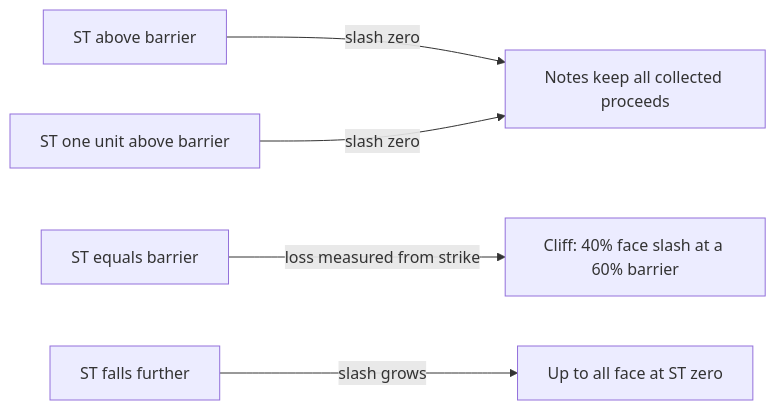
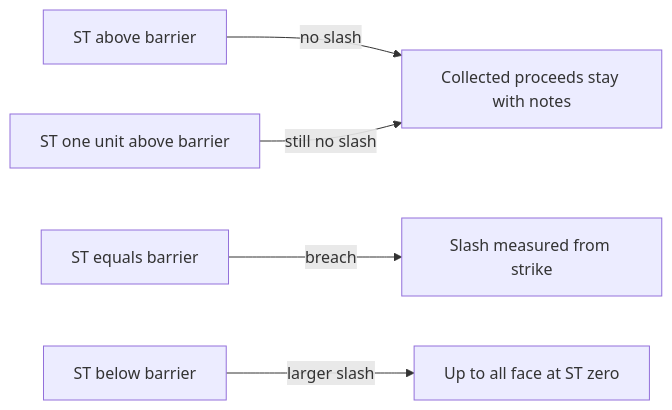
One commit to laurenceday/brc-research changed the second of 6 diagrams in docs/bd/infographics.md. Above: the diagram before and after it, drawn with Mermaid. The commit also changed other lines of this file and 25 other files, not shown here.

````diff
--- a/docs/bd/infographics.md
+++ b/docs/bd/infographics.md
@@ -25,7 +36,7 @@
 ```mermaid
 flowchart LR
-  A[ST above barrier] -->|slash zero| N[Notes keep all collected proceeds]
-  C[ST one unit above barrier] -->|slash zero| N
-  D[ST equals barrier] -->|loss measured from strike| E[Cliff: 40% face slash at a 60% barrier]
-  F[ST falls further] -->|slash grows| G[Up to all face at ST zero]
+  A[ST above barrier] -->|no slash| P[Collected proceeds stay with notes]
+  B[ST one unit above barrier] -->|still no slash| P
+  C[ST equals barrier] -->|breach| D[Slash measured from strike]
+  E[ST below barrier] -->|larger slash| F[Up to all face at ST zero]
 ```
````
